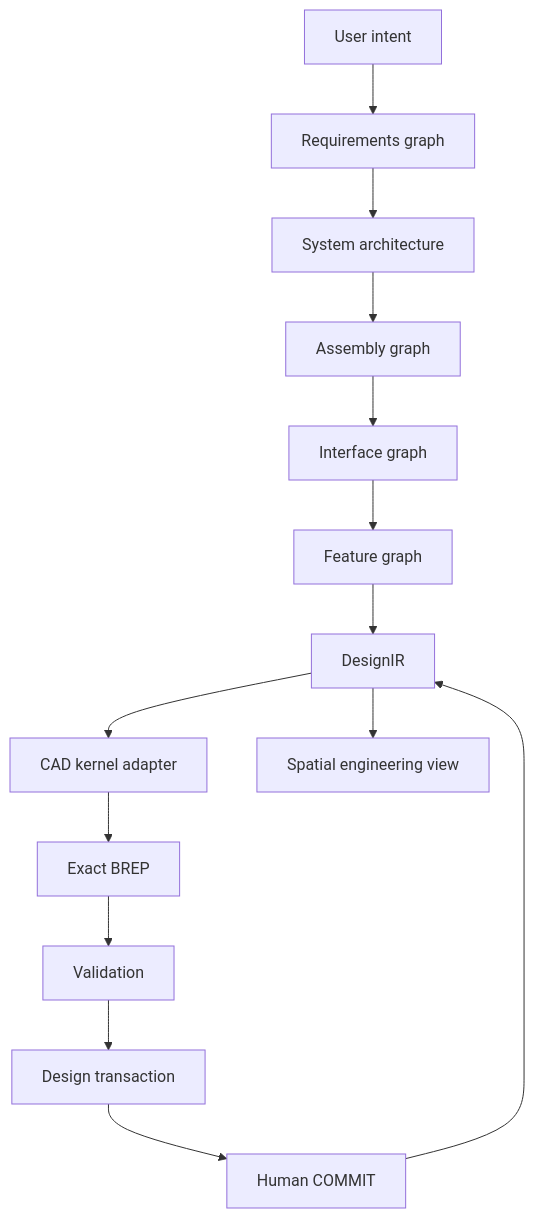
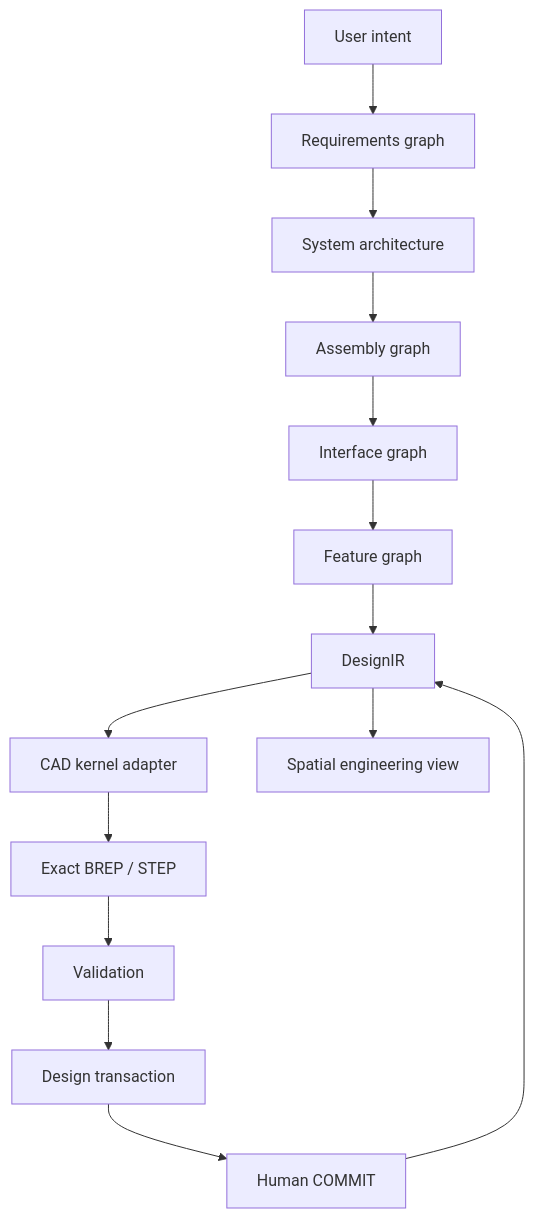
Before and after one commit to jacksonjp0311-gif/ARCHEON: the diagram in README.md, drawn with Mermaid. The commit also changed other lines of this file and 46 other files, not shown here.

````diff
--- a/README.md
+++ b/README.md
@@ -56,16 +56,16 @@
 ```mermaid
 flowchart TD
   Intent[User intent] --> Req[Requirements graph]
   Req --> Arch[System architecture]
   Arch --> Asm[Assembly graph]
   Asm --> Iface[Interface graph]
   Iface --> Feat[Feature graph]
   Feat --> IR[DesignIR]
   IR --> Kernel[CAD kernel adapter]
-  Kernel --> Exact[Exact BREP]
+  Kernel --> Exact[Exact BREP / STEP]
   Exact --> Val[Validation]
   IR --> View[Spatial engineering view]
   Val --> Tx[Design transaction]
   Tx --> Human[Human COMMIT]
   Human --> IR
 ```
````
